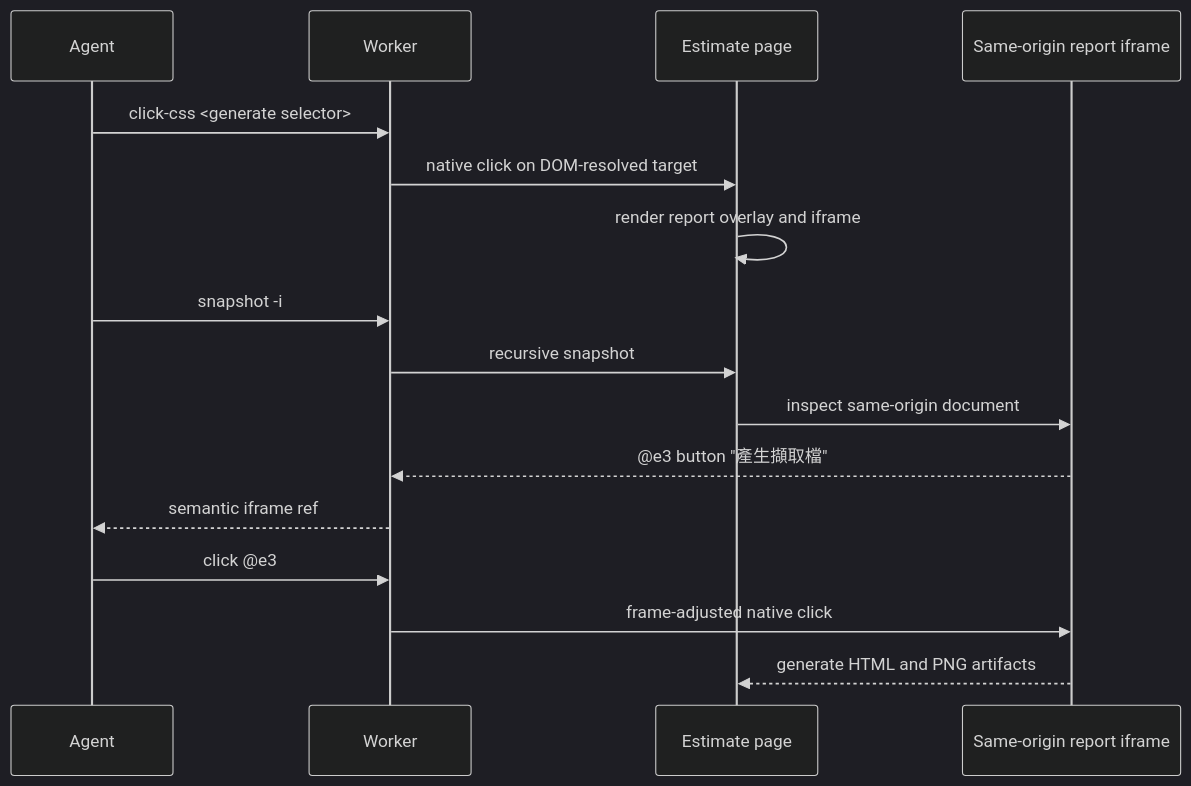
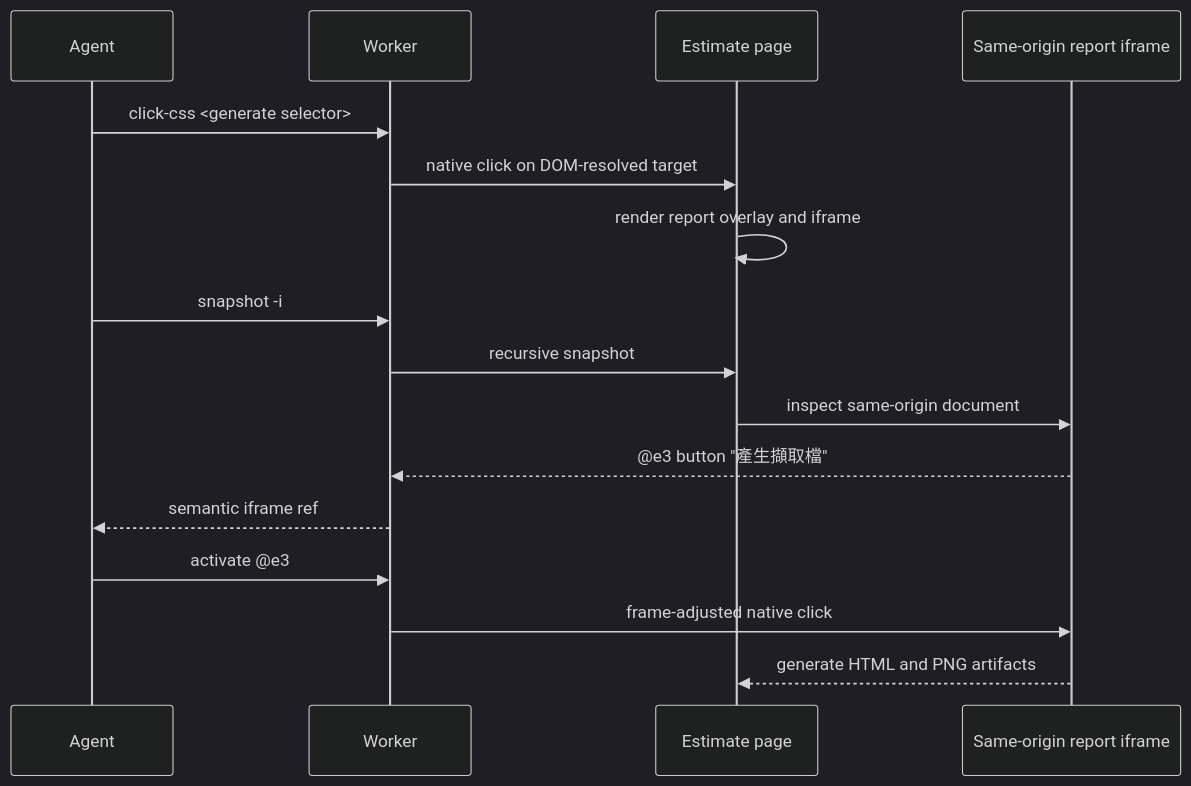
Before and after one commit to AyaSakura-comp/pi-nodriver-browser: the third of 3 diagrams in docs/semantic-actions-technical-design.md, drawn with Mermaid (dark theme). The commit also changed other lines of this file and 28 other files, not shown here.

````diff
--- a/docs/semantic-actions-technical-design.md
+++ b/docs/semantic-actions-technical-design.md
@@ -285,19 +285,19 @@
 ```mermaid
 sequenceDiagram
     participant Agent
     participant Worker
     participant Page as Estimate page
     participant Frame as Same-origin report iframe
 
     Agent->>Worker: click-css <generate selector>
     Worker->>Page: native click on DOM-resolved target
     Page->>Page: render report overlay and iframe
     Agent->>Worker: snapshot -i
     Worker->>Page: recursive snapshot
     Page->>Frame: inspect same-origin document
     Frame-->>Worker: @e3 button "產生擷取檔"
     Worker-->>Agent: semantic iframe ref
-    Agent->>Worker: click @e3
+    Agent->>Worker: activate @e3
     Worker->>Frame: frame-adjusted native click
     Frame-->>Page: generate HTML and PNG artifacts
 ```
````
